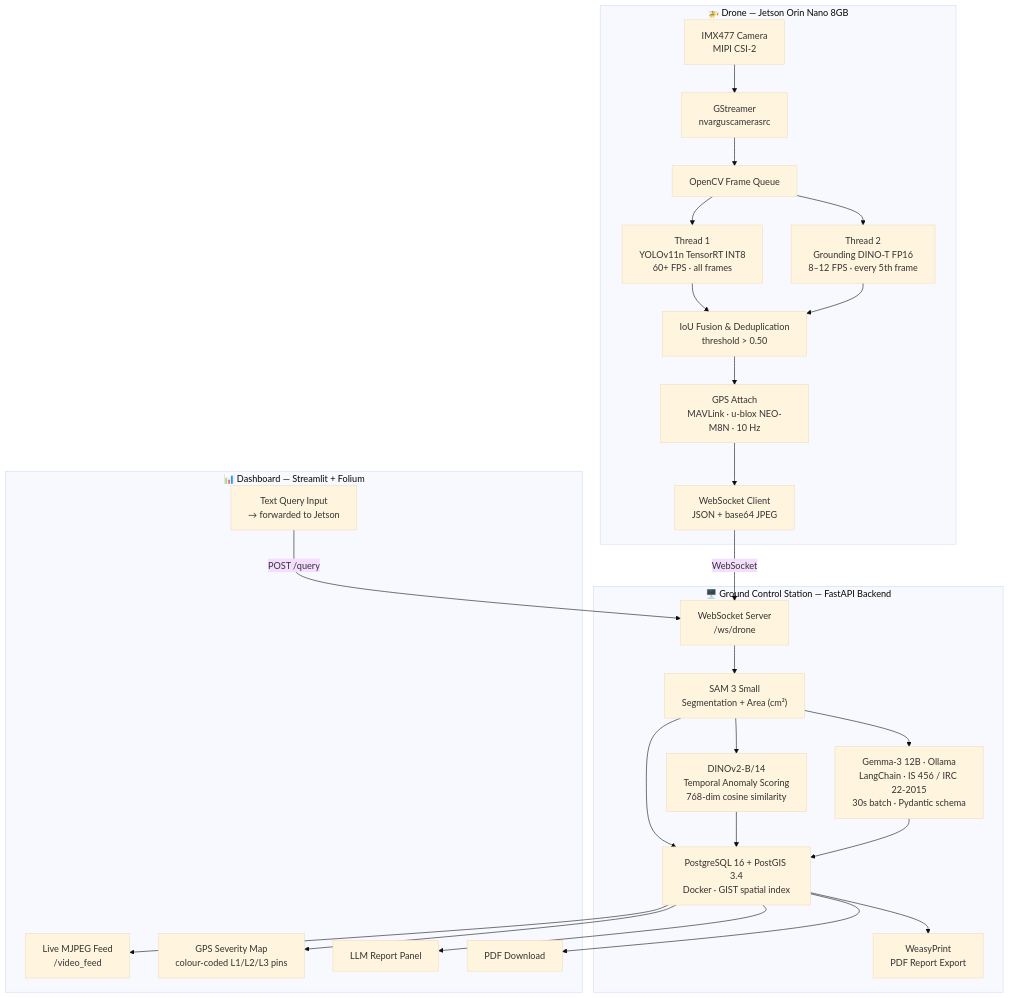
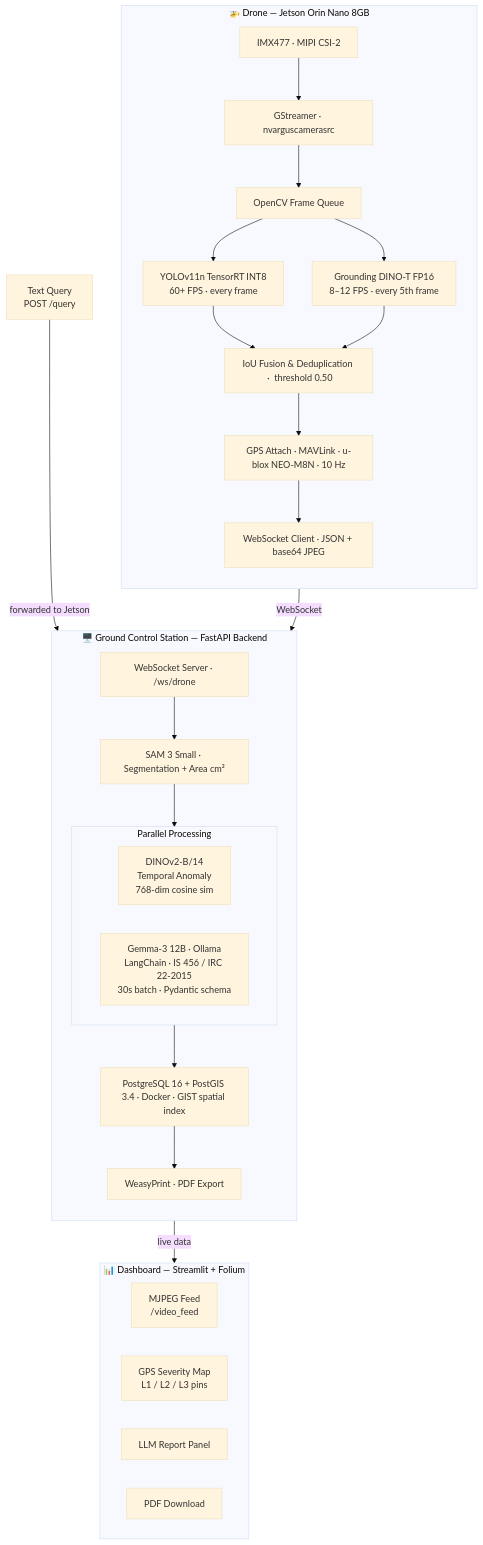
Before and after one commit to Arvoxis/hawk-i: the first of 3 diagrams in README.md, drawn with Mermaid (base theme).

````diff
--- a/README.md
+++ b/README.md
@@ -64,52 +64,47 @@
 ```mermaid
 flowchart TD
-    subgraph DRONE["🚁 Drone — Jetson Orin Nano 8GB"]
-        CAM["IMX477 Camera\nMIPI CSI-2"]
-        GS["GStreamer\nnvarguscamerasrc"]
+    subgraph DRONE["🚁  Drone — Jetson Orin Nano 8GB"]
+        direction TB
+        CAM["IMX477 · MIPI CSI-2"]
+        GS["GStreamer · nvarguscamerasrc"]
         FQ["OpenCV Frame Queue"]
-        T1["Thread 1\nYOLOv11n TensorRT INT8\n60+ FPS · all frames"]
-        T2["Thread 2\nGrounding DINO-T FP16\n8–12 FPS · every 5th frame"]
-        FUSE["IoU Fusion & Deduplication\nthreshold > 0.50"]
-        GPS["GPS Attach\nMAVLink · u-blox NEO-M8N · 10 Hz"]
-        WS_OUT["WebSocket Client\nJSON + base64 JPEG"]
+        T1["YOLOv11n TensorRT INT8\n60+ FPS · every frame"]
+        T2["Grounding DINO-T FP16\n8–12 FPS · every 5th frame"]
+        FUSE["IoU Fusion & Deduplication  ·  threshold 0.50"]
+        GPS["GPS Attach · MAVLink · u-blox NEO-M8N · 10 Hz"]
+        WS_OUT["WebSocket Client · JSON + base64 JPEG"]
 
         CAM --> GS --> FQ
-        FQ --> T1
-        FQ --> T2
-        T1 --> FUSE
-        T2 --> FUSE
-        FUSE --> GPS --> WS_OUT
+        FQ --> T1 & T2
+        T1 & T2 --> FUSE --> GPS --> WS_OUT
     end
 
-    subgraph GCS["🖥️ Ground Control Station — FastAPI Backend"]
-        WS_IN["WebSocket Server\n/ws/drone"]
-        SAM["SAM 3 Small\nSegmentation + Area (cm²)"]
-        DINO["DINOv2-B/14\nTemporal Anomaly Scoring\n768-dim cosine similarity"]
-        LLM["Gemma-3 12B · Ollama\nLangChain · IS 456 / IRC 22-2015\n30s batch · Pydantic schema"]
-        DB["PostgreSQL 16 + PostGIS 3.4\nDocker · GIST spatial index"]
-        PDF["WeasyPrint\nPDF Report Export"]
+    WS_OUT -- WebSocket --> WS_IN
 
-        WS_IN --> SAM
-        SAM --> DINO
-        SAM --> LLM
-        SAM --> DB
-        DINO --> DB
-        LLM --> DB
-        DB --> PDF
+    subgraph GCS["🖥️  Ground Control Station — FastAPI Backend"]
+        direction TB
+        WS_IN["WebSocket Server · /ws/drone"]
+        SAM["SAM 3 Small · Segmentation + Area cm²"]
+        subgraph PARALLEL["Parallel Processing"]
+            direction LR
+            DINO["DINOv2-B/14\nTemporal Anomaly\n768-dim cosine sim"]
+            LLM["Gemma-3 12B · Ollama\nLangChain · IS 456 / IRC 22-2015\n30s batch · Pydantic schema"]
+        end
+        DB["PostgreSQL 16 + PostGIS 3.4 · Docker · GIST spatial index"]
+        PDF["WeasyPrint · PDF Export"]
+
+        WS_IN --> SAM --> PARALLEL --> DB --> PDF
     end
 
-    subgraph DASH["📊 Dashboard — Streamlit + Folium"]
-        FEED["Live MJPEG Feed\n/video_feed"]
-        MAP["GPS Severity Map\ncolour-coded L1/L2/L3 pins"]
+    DB -- live data --> DASH
+
+    subgraph DASH["📊  Dashboard — Streamlit + Folium"]
+        direction LR
+        FEED["MJPEG Feed\n/video_feed"]
+        MAP["GPS Severity Map\nL1 / L2 / L3 pins"]
         REPORT["LLM Report Panel"]
         EXPORT["PDF Download"]
-        QUERY["Text Query Input\n→ forwarded to Jetson"]
     end
 
-    WS_OUT -->|"WebSocket"| WS_IN
-    DB --> FEED
-    DB --> MAP
-    DB --> REPORT
-    DB --> EXPORT
-    QUERY -->|"POST /query"| WS_IN
+    QUERY["Text Query\nPOST /query"] -- forwarded to Jetson --> WS_IN
 ```
````
